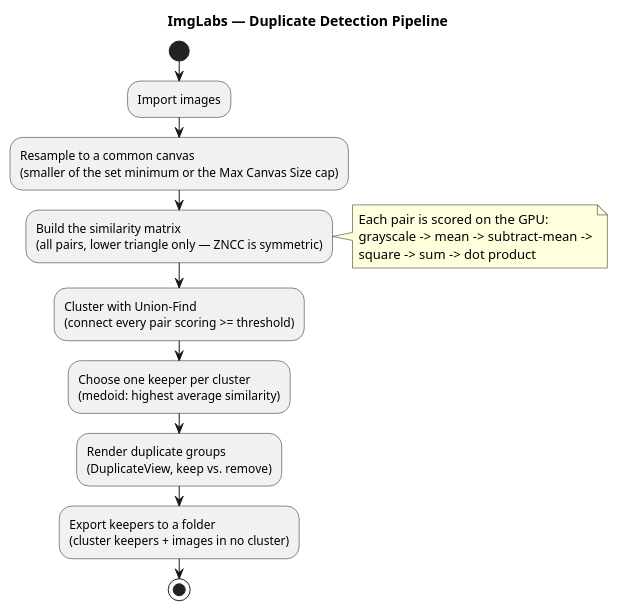
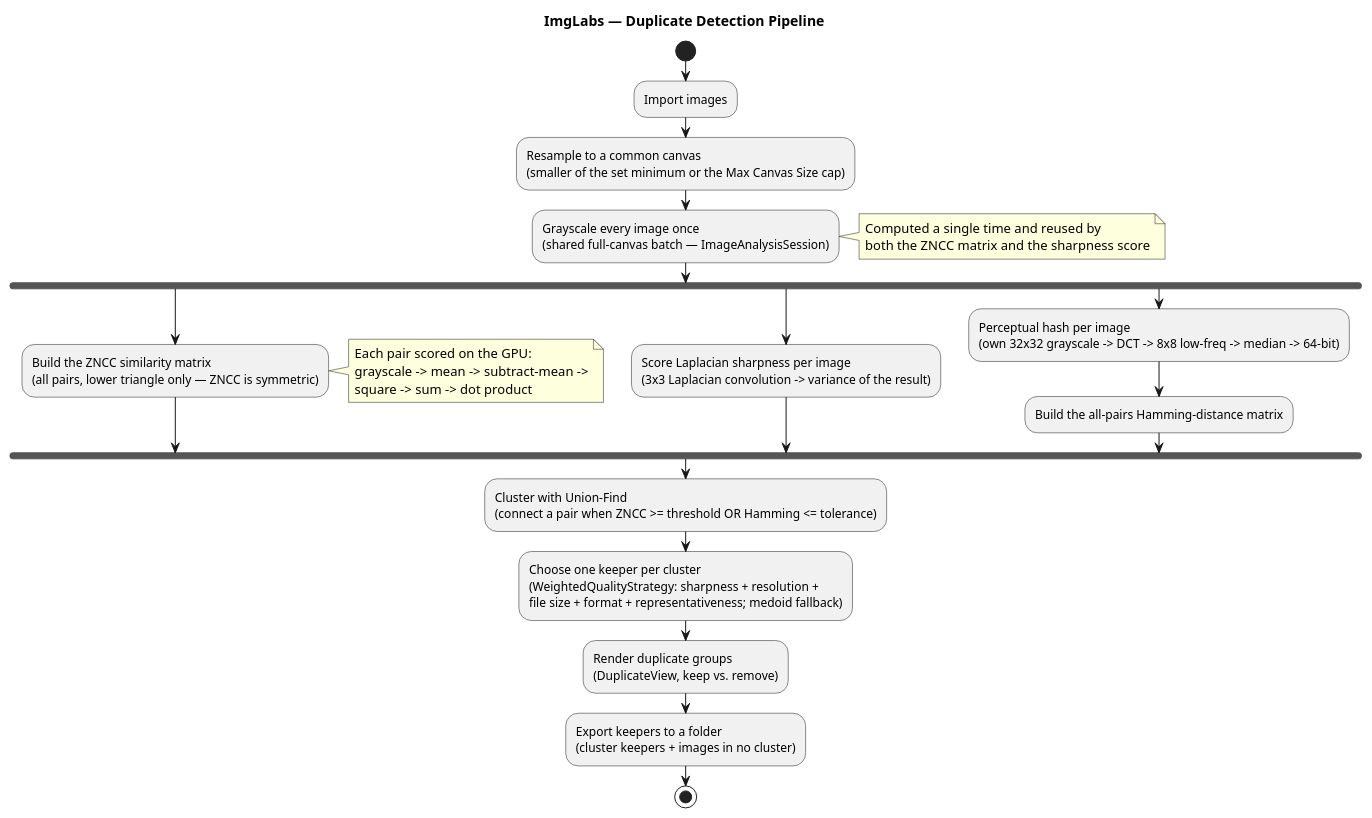
Before and after one commit to davislenover/ImgLabs: the diagram in ImgLabs/Diagrams/Pipeline/duplicatePipeline.puml, drawn with PlantUML. The commit also changed 6 other files, not shown here.

Commit message:
Added updated diagrams

```diff
--- a/ImgLabs/Diagrams/Pipeline/duplicatePipeline.puml
+++ b/ImgLabs/Diagrams/Pipeline/duplicatePipeline.puml
@@ -1,26 +1,40 @@
 @startuml
 
 ' The end-to-end flow that turns a folder of images into reviewable duplicate groups
-' The per-pair ZNCC score is computed on the GPU; the clustering and keeper selection
-' run on the CPU over the resulting similarity matrix
+' Three GPU signals are computed (ZNCC similarity, Laplacian sharpness, perceptual hash);
+' the clustering and keeper selection then run on the CPU over the resulting matrices/scores
 
 title ImgLabs — Duplicate Detection Pipeline
 
 skinparam shadowing false
 
 start
 :Import images;
 :Resample to a common canvas\n(smaller of the set minimum or the Max Canvas Size cap);
-:Build the similarity matrix\n(all pairs, lower triangle only — ZNCC is symmetric);
+:Grayscale every image once\n(shared full-canvas batch — ImageAnalysisSession);
 note right
-  Each pair is scored on the GPU:
-  grayscale -> mean -> subtract-mean ->
-  square -> sum -> dot product
+  Computed a single time and reused by
+  both the ZNCC matrix and the sharpness score
 end note
-:Cluster with Union-Find\n(connect every pair scoring >= threshold);
-:Choose one keeper per cluster\n(medoid: highest average similarity);
+
+fork
+  :Build the ZNCC similarity matrix\n(all pairs, lower triangle only — ZNCC is symmetric);
+  note right
+    Each pair scored on the GPU:
+    grayscale -> mean -> subtract-mean ->
+    square -> sum -> dot product
+  end note
+fork again
+  :Score Laplacian sharpness per image\n(3x3 Laplacian convolution -> variance of the result);
+fork again
+  :Perceptual hash per image\n(own 32x32 grayscale -> DCT -> 8x8 low-freq -> median -> 64-bit);
+  :Build the all-pairs Hamming-distance matrix;
+end fork
+
+:Cluster with Union-Find\n(connect a pair when ZNCC >= threshold OR Hamming <= tolerance);
+:Choose one keeper per cluster\n(WeightedQualityStrategy: sharpness + resolution +\nfile size + format + representativeness; medoid fallback);
 :Render duplicate groups\n(DuplicateView, keep vs. remove);
 :Export keepers to a folder\n(cluster keepers + images in no cluster);
 stop
 
 @enduml
```
